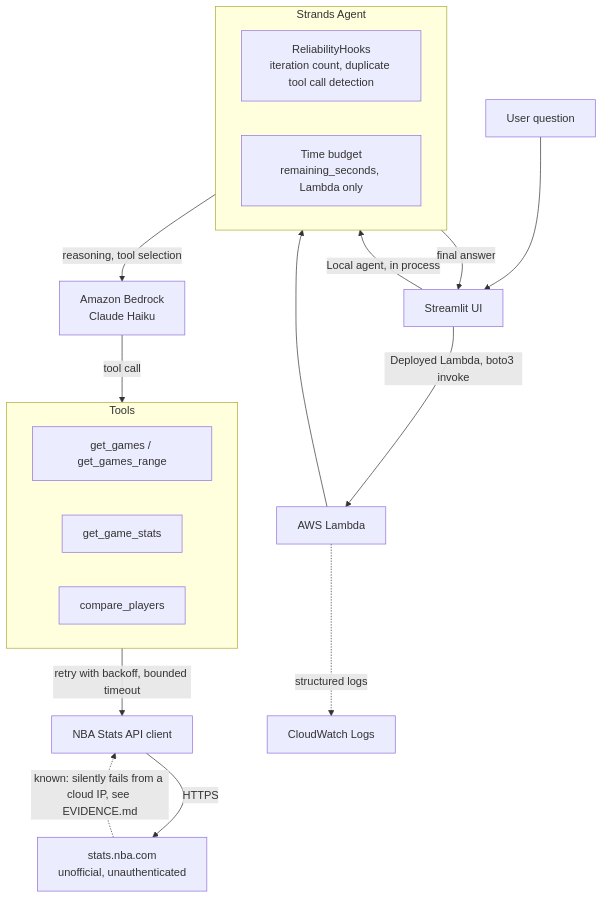
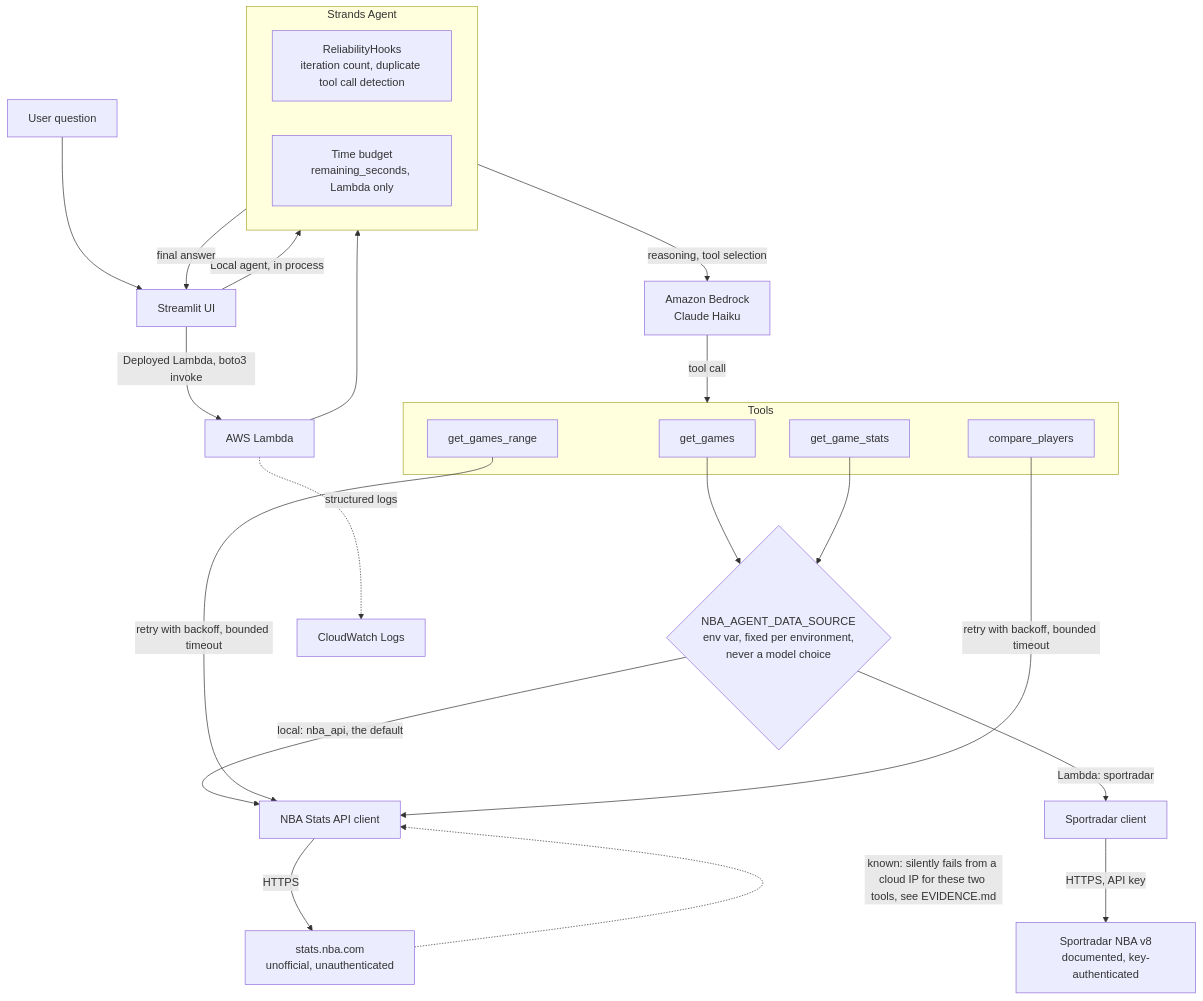
Before and after one commit to alexbonella/nba-agent-field-notes: the diagram in docs/ARCHITECTURE.md, drawn with Mermaid. The commit also changed other lines of this file, not shown here.

Commit message:
docs: reflect Sportradar dispatch in the architecture diagram
get_games and get_game_stats no longer route to a single fixed
client. They sit in front of a dispatch point decided once per
environment by NBA_AGENT_DATA_SOURCE (nba_api locally, sportradar in
the deployed Lambda), never by the model. get_games_range and
compare_players still go straight to the NBA Stats API client,
unchanged.

The dotted "still open" line is scoped down accordingly: it now marks
the known cloud-IP block for only the two tools not yet migrated,
instead of implying every tool still has it.

````diff
--- a/docs/ARCHITECTURE.md
+++ b/docs/ARCHITECTURE.md
@@ -5,30 +5,41 @@
 ```mermaid
 flowchart TD
     User["User question"] --> UI["Streamlit UI"]
 
     UI -->|"Local agent, in process"| Agent
     UI -->|"Deployed Lambda, boto3 invoke"| Lambda["AWS Lambda"]
     Lambda --> Agent
 
     subgraph Agent["Strands Agent"]
         Hooks["ReliabilityHooks<br/>iteration count, duplicate tool call detection"]
         Budget["Time budget<br/>remaining_seconds, Lambda only"]
     end
 
     Agent -->|"reasoning, tool selection"| Bedrock["Amazon Bedrock<br/>Claude Haiku"]
     Bedrock -->|"tool call"| Tools
 
     subgraph Tools["Tools"]
-        T1["get_games / get_games_range"]
+        T1["get_games"]
+        T1b["get_games_range"]
         T2["get_game_stats"]
         T3["compare_players"]
     end
 
-    Tools -->|"retry with backoff, bounded timeout"| Client["NBA Stats API client"]
-    Client -->|"HTTPS"| NBA["stats.nba.com<br/>unofficial, unauthenticated"]
+    T1 --> Dispatch
+    T2 --> Dispatch
 
-    NBA -.->|"known: silently fails from a cloud IP, see EVIDENCE.md"| Client
+    Dispatch{"NBA_AGENT_DATA_SOURCE<br/>env var, fixed per environment,<br/>never a model choice"}
+    Dispatch -->|"local: nba_api, the default"| NBAClient["NBA Stats API client"]
+    Dispatch -->|"Lambda: sportradar"| SRClient["Sportradar client"]
+
+    T1b -->|"retry with backoff, bounded timeout"| NBAClient
+    T3 -->|"retry with backoff, bounded timeout"| NBAClient
+
+    NBAClient -->|"HTTPS"| NBA["stats.nba.com<br/>unofficial, unauthenticated"]
+    SRClient -->|"HTTPS, API key"| SR["Sportradar NBA v8<br/>documented, key-authenticated"]
+
+    NBA -.->|"known: silently fails from a cloud IP for these two tools, see EVIDENCE.md"| NBAClient
 
     Agent -->|"final answer"| UI
     Lambda -.->|"structured logs"| CW["CloudWatch Logs"]
 ```
````
